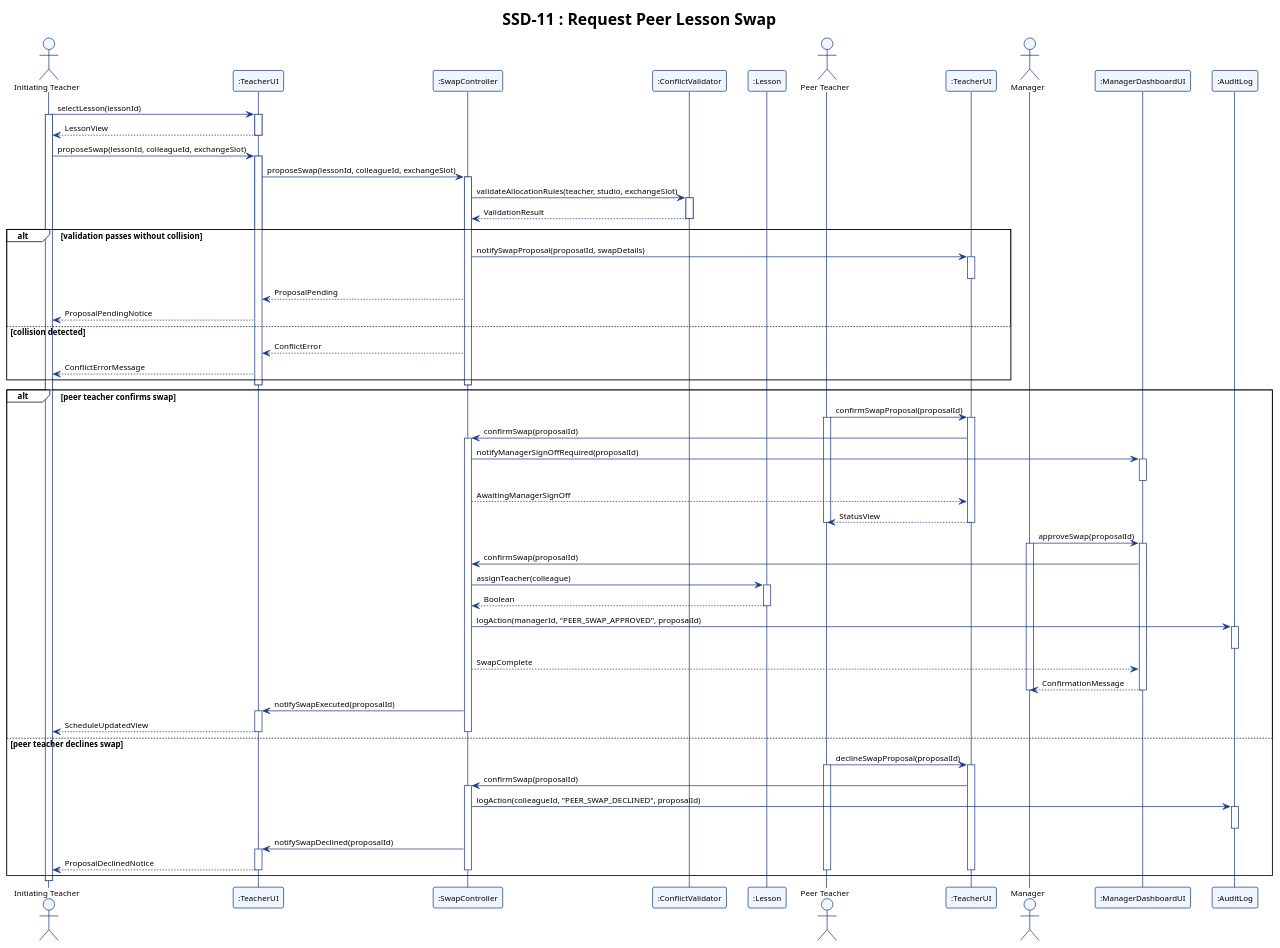
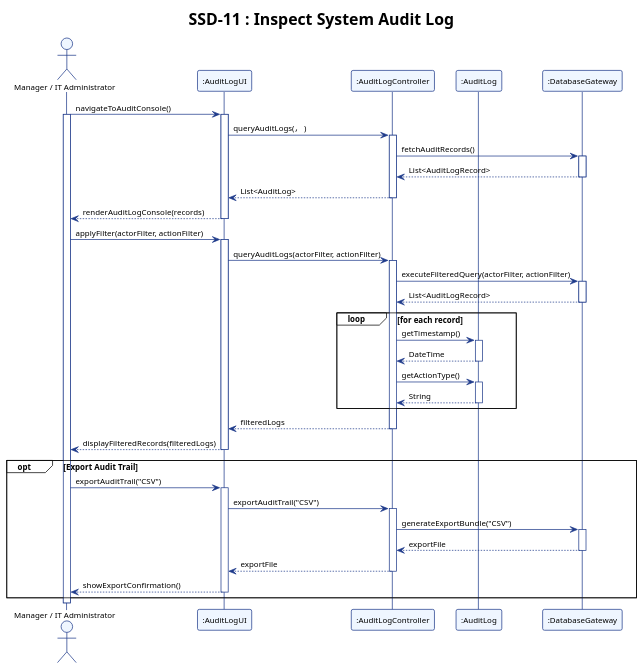
The diagram in report/assets/ssd_11.puml (adoreblvnk/2001temp), drawn with PlantUML before and after one commit. The commit also changed 11 other files, not shown here.

First line of the commit message:
feat(report): overhaul M1 requirements, diagrams, and traceability for A+ standard

```diff
--- a/report/assets/ssd_11.puml
+++ b/report/assets/ssd_11.puml
@@ -1,122 +1,87 @@
 @startuml ssd_11
 !theme plain
 skinparam shadowing false
 skinparam defaultFontName "Helvetica", "Arial", sans-serif
 skinparam defaultFontSize 11
 skinparam sequence {
     ParticipantBorderColor #1E3A8A
     ParticipantBackgroundColor #EFF6FF
     LifeLineBorderColor #1E3A8A
     LifeLineBackgroundColor #FFFFFF
     ArrowColor #1E3A8A
     ActorBorderColor #1E3A8A
     ActorBackgroundColor #EFF6FF
 }
 
-title SSD-11 : Request Peer Lesson Swap
+title SSD-11 : Inspect System Audit Log
 
-actor "Initiating Teacher" as Teacher
-participant ":TeacherUI" as TeacherUI
-participant ":SwapController" as SwapController
-participant ":ConflictValidator" as ConflictValidator
-participant ":Lesson" as Lesson
-actor "Peer Teacher" as Colleague
-participant ":TeacherUI" as ColleagueUI
-actor Manager
-participant ":ManagerDashboardUI" as ManagerUI
+actor "Manager / IT Administrator" as Staff
+participant ":AuditLogUI" as AuditLogUI
+participant ":AuditLogController" as AuditLogController
 participant ":AuditLog" as AuditLog
+participant ":DatabaseGateway" as ExtDB
 
-Teacher -> TeacherUI : selectLesson(lessonId)
-activate Teacher
-activate TeacherUI
-TeacherUI --> Teacher : LessonView
-deactivate TeacherUI
+Staff -> AuditLogUI : navigateToAuditConsole()
+activate Staff
+activate AuditLogUI
 
-Teacher -> TeacherUI : proposeSwap(lessonId, colleagueId, exchangeSlot)
-activate TeacherUI
-TeacherUI -> SwapController : proposeSwap(lessonId, colleagueId, exchangeSlot)
-activate SwapController
+AuditLogUI -> AuditLogController : queryAuditLogs("", "")
+activate AuditLogController
 
-SwapController -> ConflictValidator : validateAllocationRules(teacher, studio, exchangeSlot)
-activate ConflictValidator
-ConflictValidator --> SwapController : ValidationResult
-deactivate ConflictValidator
+AuditLogController -> ExtDB : fetchAuditRecords()
+activate ExtDB
+ExtDB --> AuditLogController : List<AuditLogRecord>
+deactivate ExtDB
 
-alt validation passes without collision
-    SwapController -> ColleagueUI : notifySwapProposal(proposalId, swapDetails)
-    activate ColleagueUI
-    deactivate ColleagueUI
+AuditLogController --> AuditLogUI : List<AuditLog>
+deactivate AuditLogController
 
-    SwapController --> TeacherUI : ProposalPending
-    TeacherUI --> Teacher : ProposalPendingNotice
-else collision detected
-    SwapController --> TeacherUI : ConflictError
-    TeacherUI --> Teacher : ConflictErrorMessage
+AuditLogUI --> Staff : renderAuditLogConsole(records)
+deactivate AuditLogUI
+
+Staff -> AuditLogUI : applyFilter(actorFilter, actionFilter)
+activate AuditLogUI
+
+AuditLogUI -> AuditLogController : queryAuditLogs(actorFilter, actionFilter)
+activate AuditLogController
+
+AuditLogController -> ExtDB : executeFilteredQuery(actorFilter, actionFilter)
+activate ExtDB
+ExtDB --> AuditLogController : List<AuditLogRecord>
+deactivate ExtDB
+
+loop for each record
+    AuditLogController -> AuditLog : getTimestamp()
+    activate AuditLog
+    AuditLog --> AuditLogController : DateTime
+    deactivate AuditLog
+
+    AuditLogController -> AuditLog : getActionType()
+    activate AuditLog
+    AuditLog --> AuditLogController : String
+    deactivate AuditLog
 end
 
-deactivate SwapController
-deactivate TeacherUI
+AuditLogController --> AuditLogUI : filteredLogs
+deactivate AuditLogController
 
+AuditLogUI --> Staff : displayFilteredRecords(filteredLogs)
+deactivate AuditLogUI
 
-alt peer teacher confirms swap
-    Colleague -> ColleagueUI : confirmSwapProposal(proposalId)
-    activate Colleague
-    activate ColleagueUI
-    ColleagueUI -> SwapController : confirmSwap(proposalId)
-    activate SwapController
-
-    SwapController -> ManagerUI : notifyManagerSignOffRequired(proposalId)
-    activate ManagerUI
-    deactivate ManagerUI
-
-    SwapController --> ColleagueUI : AwaitingManagerSignOff
-    ColleagueUI --> Colleague : StatusView
-    deactivate ColleagueUI
-    deactivate Colleague
-
-    Manager -> ManagerUI : approveSwap(proposalId)
-    activate Manager
-    activate ManagerUI
-    ManagerUI -> SwapController : confirmSwap(proposalId)
-
-    SwapController -> Lesson : assignTeacher(colleague)
-    activate Lesson
-    Lesson --> SwapController : Boolean
-    deactivate Lesson
-
-    SwapController -> AuditLog : logAction(managerId, "PEER_SWAP_APPROVED", proposalId)
-    activate AuditLog
-    deactivate AuditLog
-
-    SwapController --> ManagerUI : SwapComplete
-    ManagerUI --> Manager : ConfirmationMessage
-    deactivate ManagerUI
-    deactivate Manager
-
-    SwapController -> TeacherUI : notifySwapExecuted(proposalId)
-    activate TeacherUI
-    TeacherUI --> Teacher : ScheduleUpdatedView
-    deactivate TeacherUI
-    deactivate SwapController
-else peer teacher declines swap
-    Colleague -> ColleagueUI : declineSwapProposal(proposalId)
-    activate Colleague
-    activate ColleagueUI
-    ColleagueUI -> SwapController : confirmSwap(proposalId)
-    activate SwapController
-
-    SwapController -> AuditLog : logAction(colleagueId, "PEER_SWAP_DECLINED", proposalId)
-    activate AuditLog
-    deactivate AuditLog
-
-    SwapController -> TeacherUI : notifySwapDeclined(proposalId)
-    activate TeacherUI
-    TeacherUI --> Teacher : ProposalDeclinedNotice
-    deactivate TeacherUI
-    deactivate SwapController
-    deactivate ColleagueUI
-    deactivate Colleague
+opt Export Audit Trail
+    Staff -> AuditLogUI : exportAuditTrail("CSV")
+    activate AuditLogUI
+    AuditLogUI -> AuditLogController : exportAuditTrail("CSV")
+    activate AuditLogController
+    AuditLogController -> ExtDB : generateExportBundle("CSV")
+    activate ExtDB
+    ExtDB --> AuditLogController : exportFile
+    deactivate ExtDB
+    AuditLogController --> AuditLogUI : exportFile
+    deactivate AuditLogController
+    AuditLogUI --> Staff : showExportConfirmation()
+    deactivate AuditLogUI
 end
 
-deactivate Teacher
+deactivate Staff
 @enduml
```
